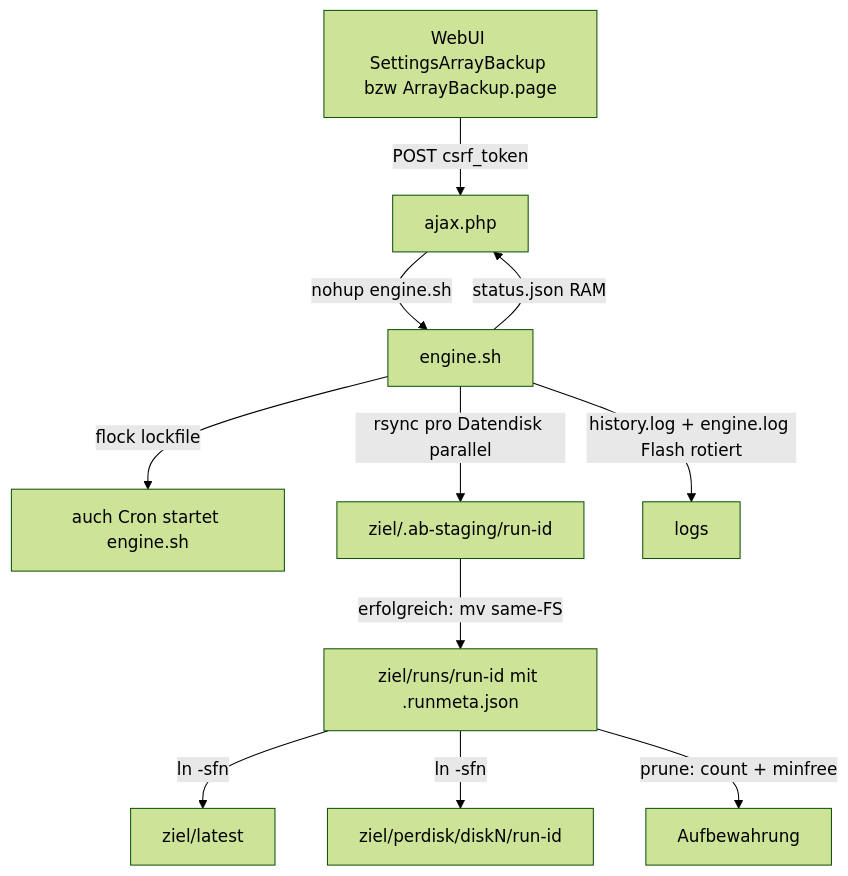
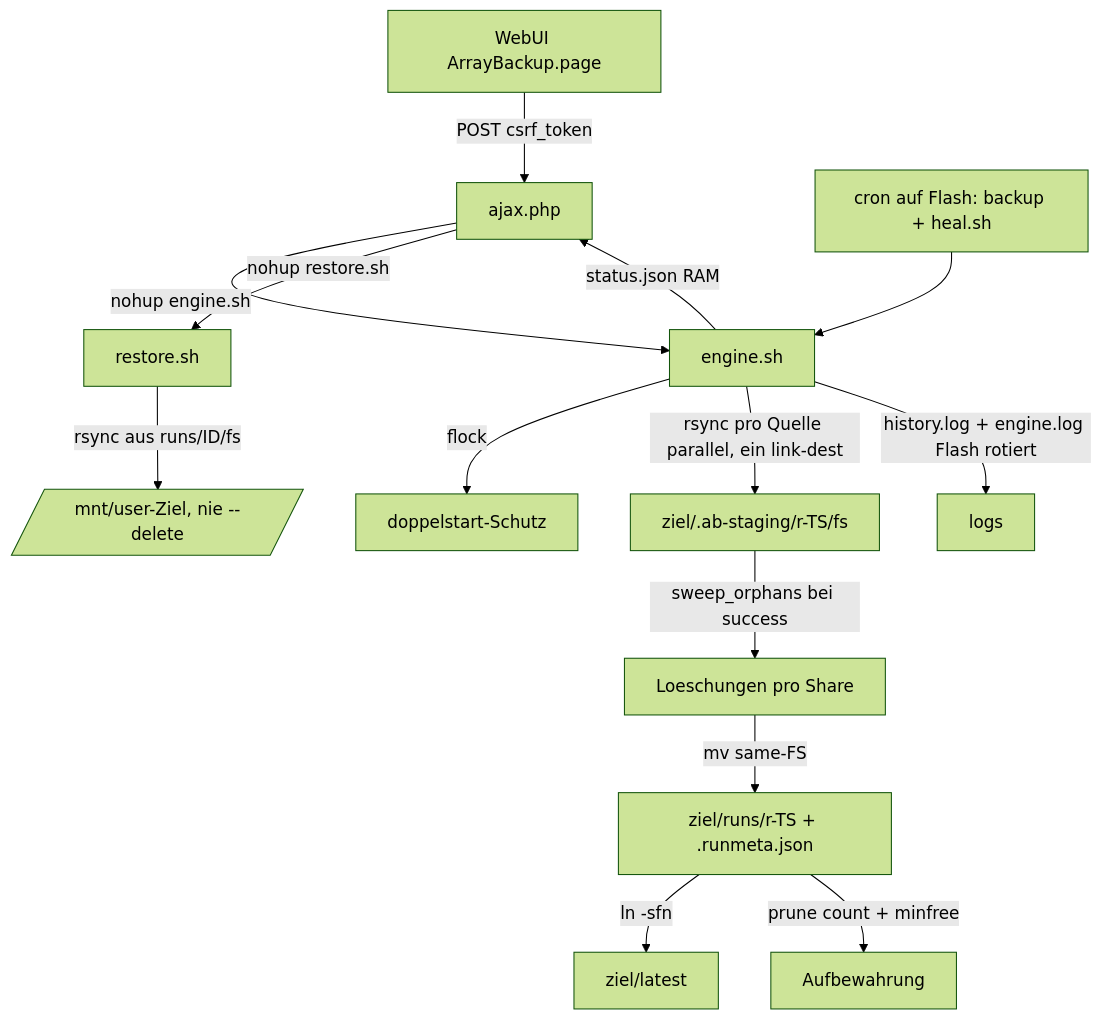
One commit to godghost123/back changed the diagram in plans/projekt-einarbeitung.md. Above: the diagram before and after it, drawn with Mermaid (forest theme). The commit also changed other lines of this file and 3 other files, not shown here.

````diff
--- a/plans/projekt-einarbeitung.md
+++ b/plans/projekt-einarbeitung.md
@@ -117,13 +136,16 @@
 ```mermaid
 flowchart TD
-  UI[WebUI SettingsArrayBackup bzw ArrayBackup.page] -->|POST csrf_token| API[ajax.php]
+  UI[WebUI ArrayBackup.page] -->|POST csrf_token| API[ajax.php]
   API -->|nohup engine.sh| ENGINE[engine.sh]
-  ENGINE -->|flock lockfile| LOCK[auch Cron startet engine.sh]
-  ENGINE -->|rsync pro Datendisk parallel| STAGE[ziel/.ab-staging/run-id]
-  STAGE -->|erfolgreich: mv same-FS| RUNS[ziel/runs/run-id mit .runmeta.json]
+  API -->|nohup restore.sh| RESTORE[restore.sh]
+  CRON[cron auf Flash: backup + heal.sh] --> ENGINE
+  ENGINE -->|flock| LOCK[doppelstart-Schutz]
+  ENGINE -->|rsync pro Quelle parallel, ein link-dest| STAGE[ziel/.ab-staging/r-TS/fs]
+  STAGE -->|sweep_orphans bei success| SWEEP[Loeschungen pro Share]
+  SWEEP -->|mv same-FS| RUNS[ziel/runs/r-TS + .runmeta.json]
   RUNS -->|ln -sfn| LATEST[ziel/latest]
-  RUNS -->|ln -sfn| PERDISK[ziel/perdisk/diskN/run-id]
-  RUNS -->|prune: count + minfree| KEEP[Aufbewahrung]
+  RUNS -->|prune count + minfree| KEEP[Aufbewahrung]
+  RESTORE -->|rsync aus runs/ID/fs| USR[/mnt/user-Ziel, nie --delete/]
   ENGINE -->|status.json RAM| API
   ENGINE -->|history.log + engine.log Flash rotiert| LOGS[logs]
 ```
````
